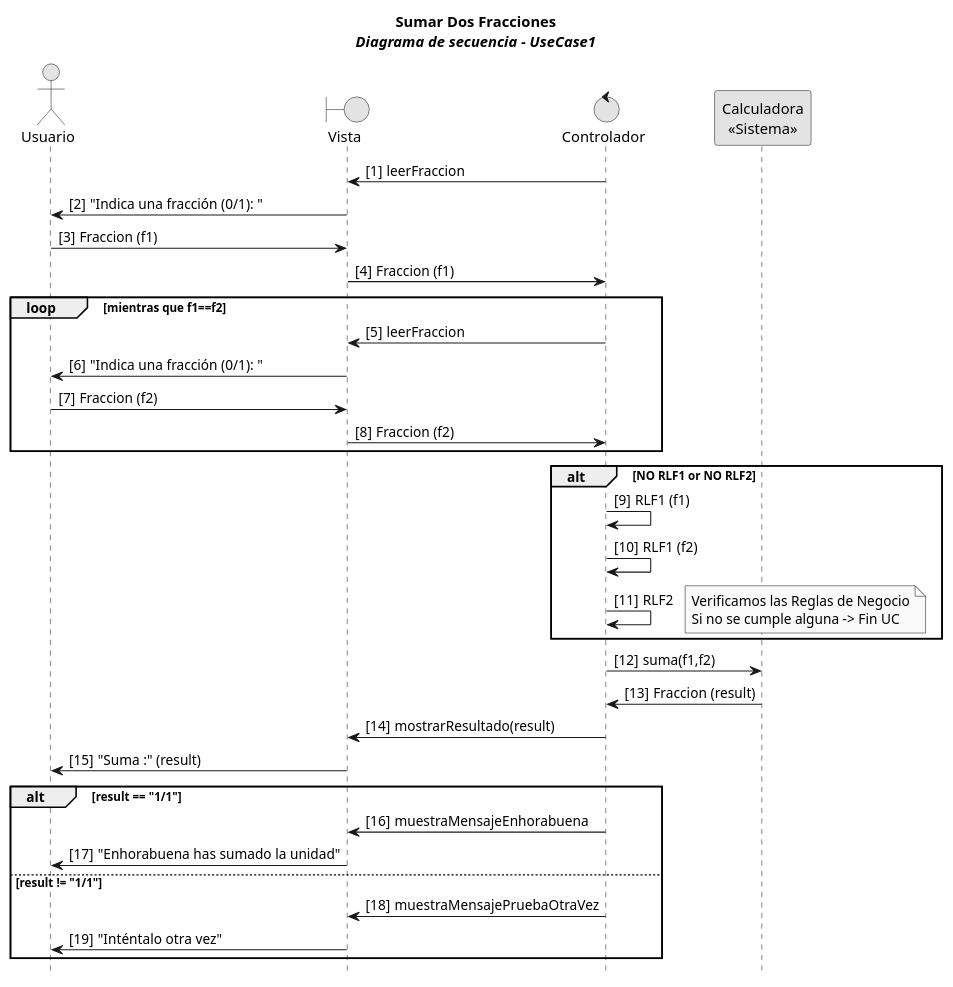
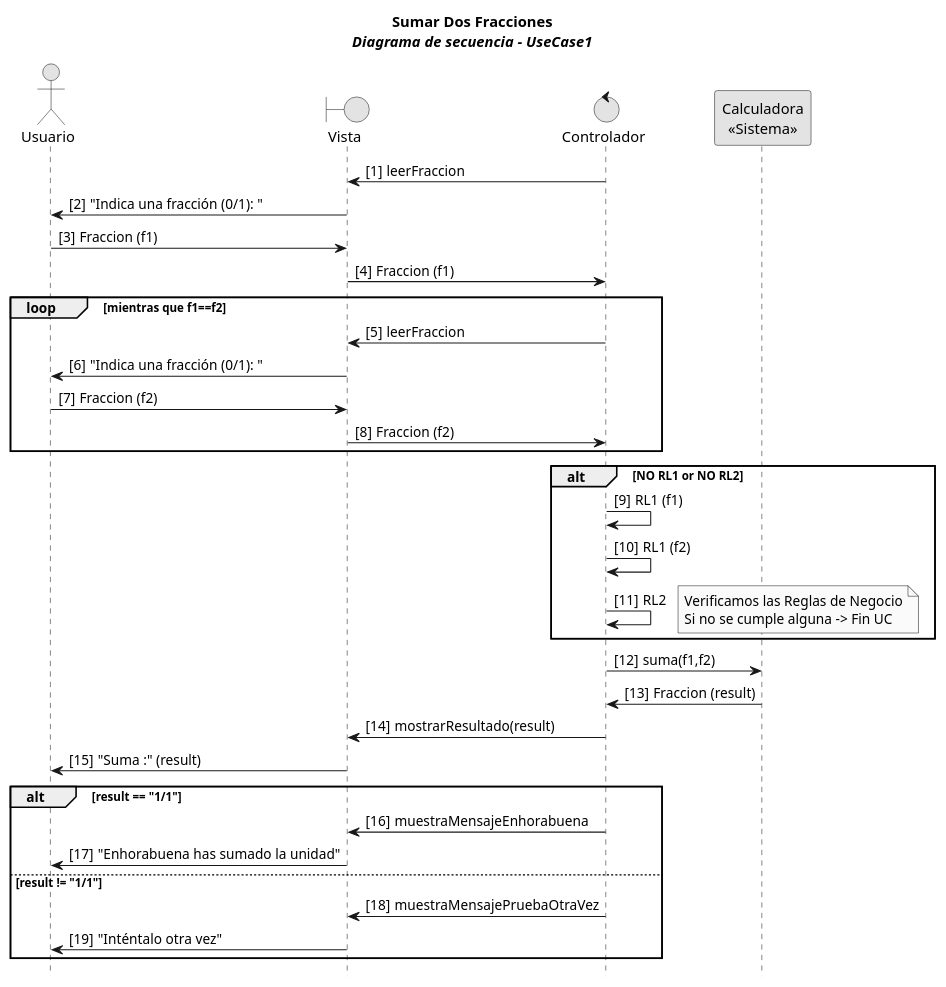
One commit to srlopez/RUP changed the fourth of 4 diagrams in ejemplos/fraccion_completo.md. Above: the diagram before and after it, drawn with PlantUML. The commit also changed other lines of this file, not shown here.

````diff
--- a/ejemplos/fraccion_completo.md
+++ b/ejemplos/fraccion_completo.md
@@ -227,51 +245,51 @@
 ```plantuml
 @startuml
 title <b>Sumar Dos Fracciones</b>\n<i>Diagrama de secuencia - UseCase1</i>
 skinparam monochrome true
 ' skinparam handwritten true
 ' skinparam defaultFontName Comic Sans MS
 ' skinparam classArrowFontName Arial
 
 autonumber "[0]"
 hide footbox
 
 actor Usuario as u
 boundary Vista as v
 control Controlador as c 
 participant "Calculadora\n<<Sistema>>" as s
 
 'group Comprar Producto
 c -> v: leerFraccion
 v -> u: "Indica una fracción (0/1): "
 u -> v: Fraccion (f1)
 v -> c: Fraccion (f1)
 loop mientras que f1==f2
   c -> v: leerFraccion
   v -> u: "Indica una fracción (0/1): "
   u -> v: Fraccion (f2)
   v -> c: Fraccion (f2)
 end
-alt NO RLF1 or NO RLF2
-c -> c: RLF1 (f1)
-c -> c: RLF1 (f2)
-c -> c: RLF2
+alt NO RL1 or NO RL2
+c -> c: RL1 (f1)
+c -> c: RL1 (f2)
+c -> c: RL2
 note right
 Verificamos las Reglas de Negocio
 Si no se cumple alguna -> Fin UC
 end note
 end
 c -> s: suma(f1,f2)
 s -> c: Fraccion (result)
 c -> v: mostrarResultado(result)
 v -> u: "Suma :" (result)
 alt result == "1/1"
   c -> v: muestraMensajeEnhorabuena
   v -> u: "Enhorabuena has sumado la unidad"
 else result != "1/1"
   c -> v: muestraMensajePruebaOtraVez
   v -> u: "Inténtalo otra vez"
 end
 
 'end
 @enduml
 ```
````
